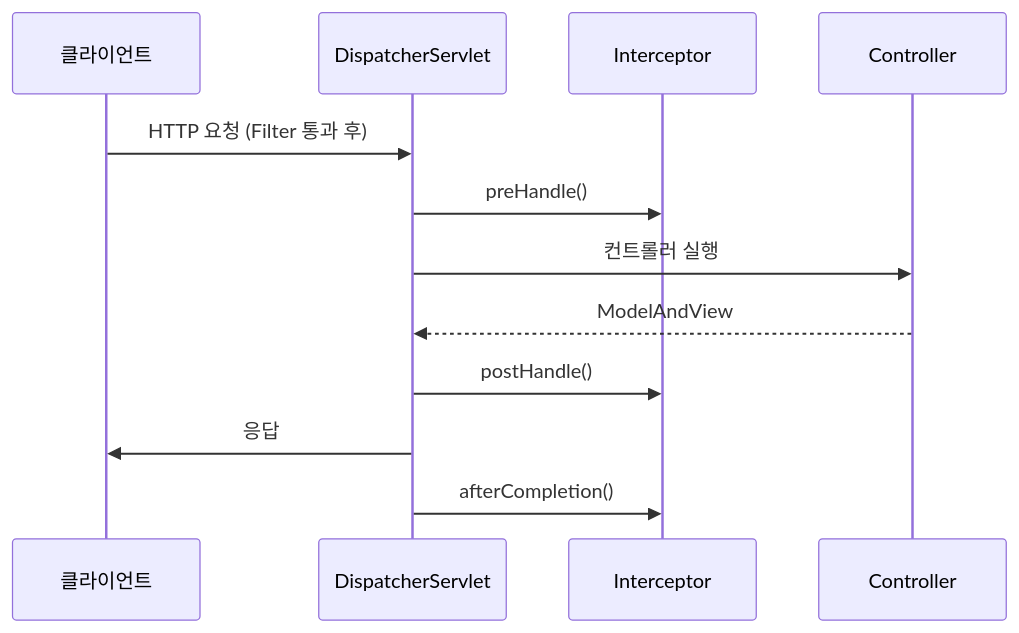
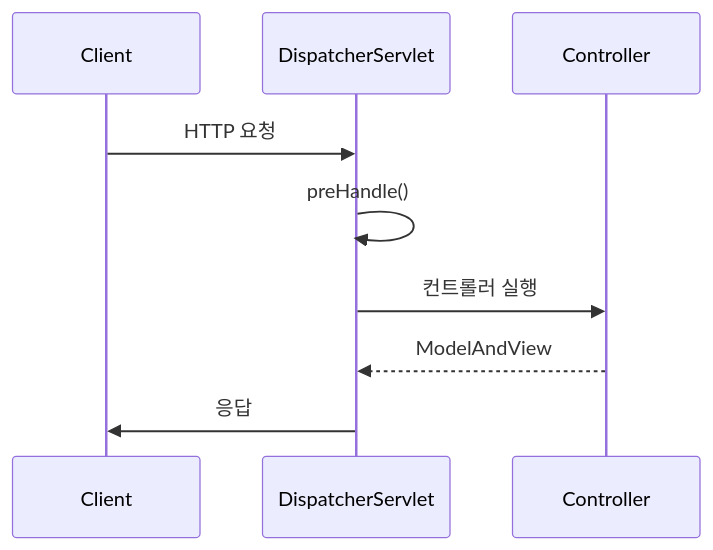
Before and after one commit to yjkim2015/yjkim2015.github.io: the third of 14 diagrams in _posts/spring/2026-05-02-spring-mvc-deep.md, drawn with Mermaid. The commit also changed other lines of this file and 155 other files, not shown here.

First line of the commit message:
Mermaid 전면 수정: subgraph 제거, participant/노드/줄수 축소 (342블록)

````diff
--- a/_posts/spring/2026-05-02-spring-mvc-deep.md
+++ b/_posts/spring/2026-05-02-spring-mvc-deep.md
@@ -127,14 +127,11 @@
 ```mermaid
 sequenceDiagram
-    participant B as 클라이언트
+    participant B as Client
     participant DS as DispatcherServlet
-    participant I as Interceptor
     participant C as Controller
-    B->>DS: HTTP 요청 (Filter 통과 후)
-    DS->>I: preHandle()
+    B->>DS: HTTP 요청
+    DS->>DS: preHandle()
     DS->>C: 컨트롤러 실행
     C-->>DS: ModelAndView
-    DS->>I: postHandle()
     DS->>B: 응답
-    DS->>I: afterCompletion()
 ```
````
